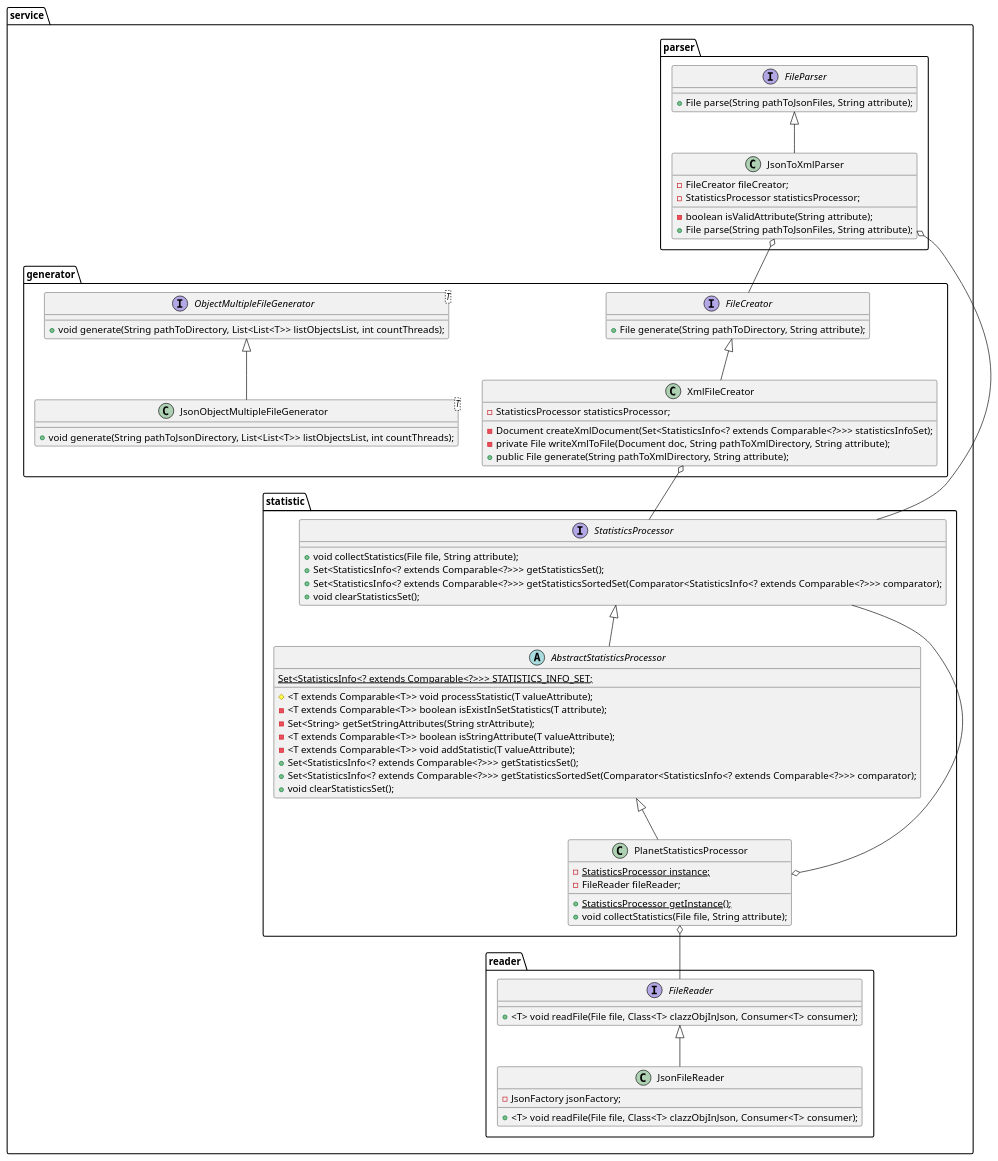
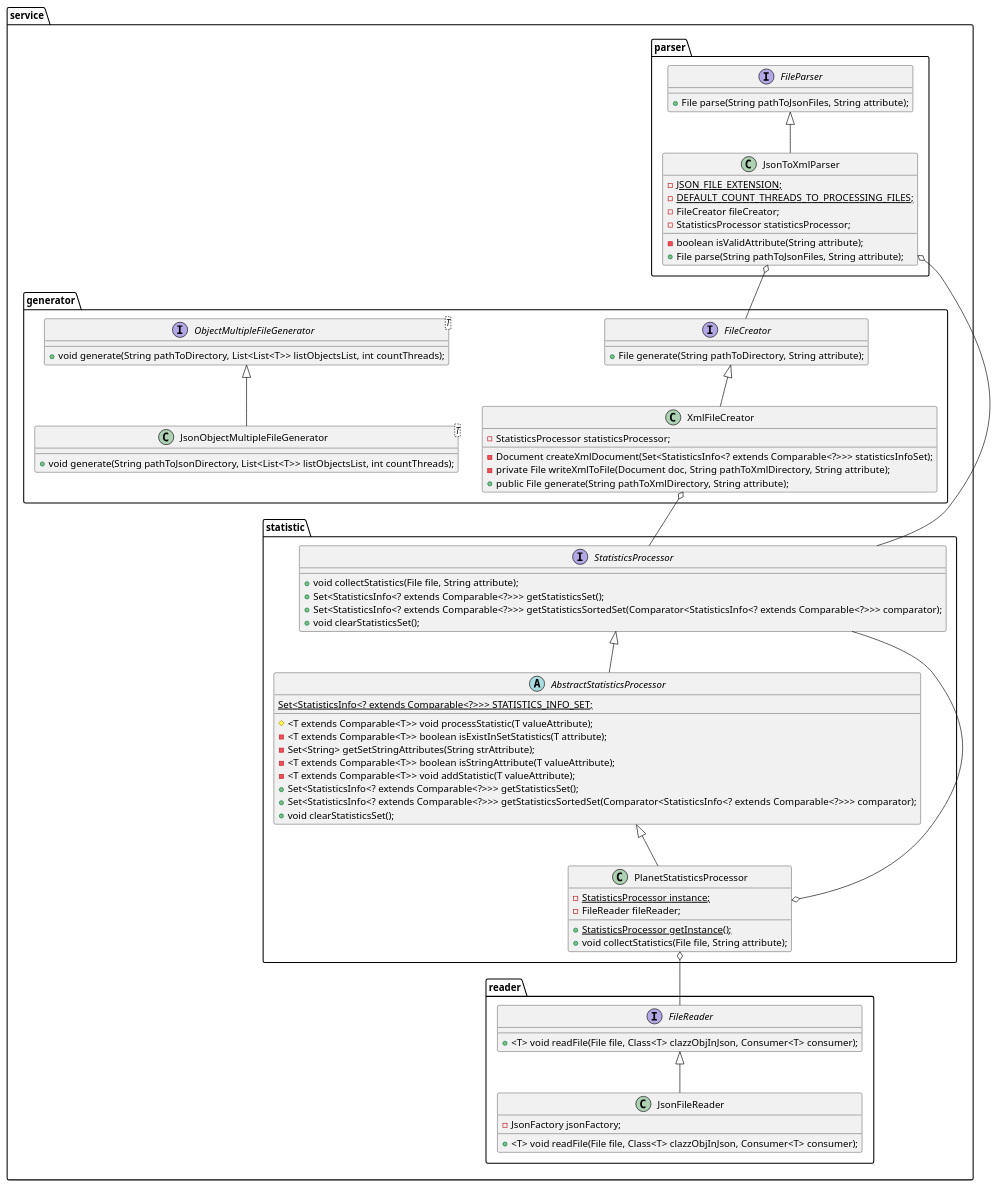
Before and after one commit to dima666Sik/ProfITsoft-Internship: the diagram in java-core-parser-hw-1/src/main/resources/diagrams/Architecture.puml, drawn with PlantUML. The commit also changed 131 other files, not shown here.

```diff
--- a/java-core-parser-hw-1/src/main/resources/diagrams/Architecture.puml
+++ b/java-core-parser-hw-1/src/main/resources/diagrams/Architecture.puml
@@ -1,90 +1,92 @@
 @startuml
 'https://plantuml.com/class-diagram
 
 package service{
     package generator{
         interface FileCreator {
             + File generate(String pathToDirectory, String attribute);
         }
         interface ObjectMultipleFileGenerator<T> {
             + void generate(String pathToDirectory, List<List<T>> listObjectsList, int countThreads);
         }
         class JsonObjectMultipleFileGenerator<T>{
             + void generate(String pathToJsonDirectory, List<List<T>> listObjectsList, int countThreads);
         }
         class XmlFileCreator{
             - StatisticsProcessor statisticsProcessor;
             - Document createXmlDocument(Set<StatisticsInfo<? extends Comparable<?>>> statisticsInfoSet);
             - private File writeXmlToFile(Document doc, String pathToXmlDirectory, String attribute);
             + public File generate(String pathToXmlDirectory, String attribute);
         }
     }
     package parser{
         interface FileParser {
             + File parse(String pathToJsonFiles, String attribute);
         }
         class JsonToXmlParser{
+            - {static} JSON_FILE_EXTENSION;
+            - {static} DEFAULT_COUNT_THREADS_TO_PROCESSING_FILES;
             - FileCreator fileCreator;
             - StatisticsProcessor statisticsProcessor;
             - boolean isValidAttribute(String attribute);
             + File parse(String pathToJsonFiles, String attribute);
         }
     }
     package reader{
         interface FileReader{
             + <T> void readFile(File file, Class<T> clazzObjInJson, Consumer<T> consumer);
         }
         class JsonFileReader{
             - JsonFactory jsonFactory;
             + <T> void readFile(File file, Class<T> clazzObjInJson, Consumer<T> consumer);
         }
     }
     package statistic{
         interface StatisticsProcessor{
             + void collectStatistics(File file, String attribute);
             + Set<StatisticsInfo<? extends Comparable<?>>> getStatisticsSet();
             + Set<StatisticsInfo<? extends Comparable<?>>> getStatisticsSortedSet(Comparator<StatisticsInfo<? extends Comparable<?>>> comparator);
             + void clearStatisticsSet();
         }
         abstract class AbstractStatisticsProcessor{
             {static} Set<StatisticsInfo<? extends Comparable<?>>> STATISTICS_INFO_SET;
             # <T extends Comparable<T>> void processStatistic(T valueAttribute);
             - <T extends Comparable<T>> boolean isExistInSetStatistics(T attribute);
             - Set<String> getSetStringAttributes(String strAttribute);
             - <T extends Comparable<T>> boolean isStringAttribute(T valueAttribute);
             - <T extends Comparable<T>> void addStatistic(T valueAttribute);
             + Set<StatisticsInfo<? extends Comparable<?>>> getStatisticsSet();
             + Set<StatisticsInfo<? extends Comparable<?>>> getStatisticsSortedSet(Comparator<StatisticsInfo<? extends Comparable<?>>> comparator);
             + void clearStatisticsSet();
 
         }
         class PlanetStatisticsProcessor{
             - {static} StatisticsProcessor instance;
             - FileReader fileReader;
             + {static} StatisticsProcessor getInstance();
             + void collectStatistics(File file, String attribute);
         }
     }
 
 FileCreator <|-- XmlFileCreator
 ObjectMultipleFileGenerator <|-- JsonObjectMultipleFileGenerator
 
 FileParser <|-- JsonToXmlParser
 
 FileReader <|-- JsonFileReader
 
 StatisticsProcessor <|-- AbstractStatisticsProcessor
 AbstractStatisticsProcessor <|-- PlanetStatisticsProcessor
 
 
 XmlFileCreator o-- StatisticsProcessor
 
 JsonToXmlParser o-- FileCreator
 JsonToXmlParser o-- StatisticsProcessor
 
 PlanetStatisticsProcessor o-- StatisticsProcessor
 PlanetStatisticsProcessor o-- FileReader
 
 }
 
 @enduml
```
